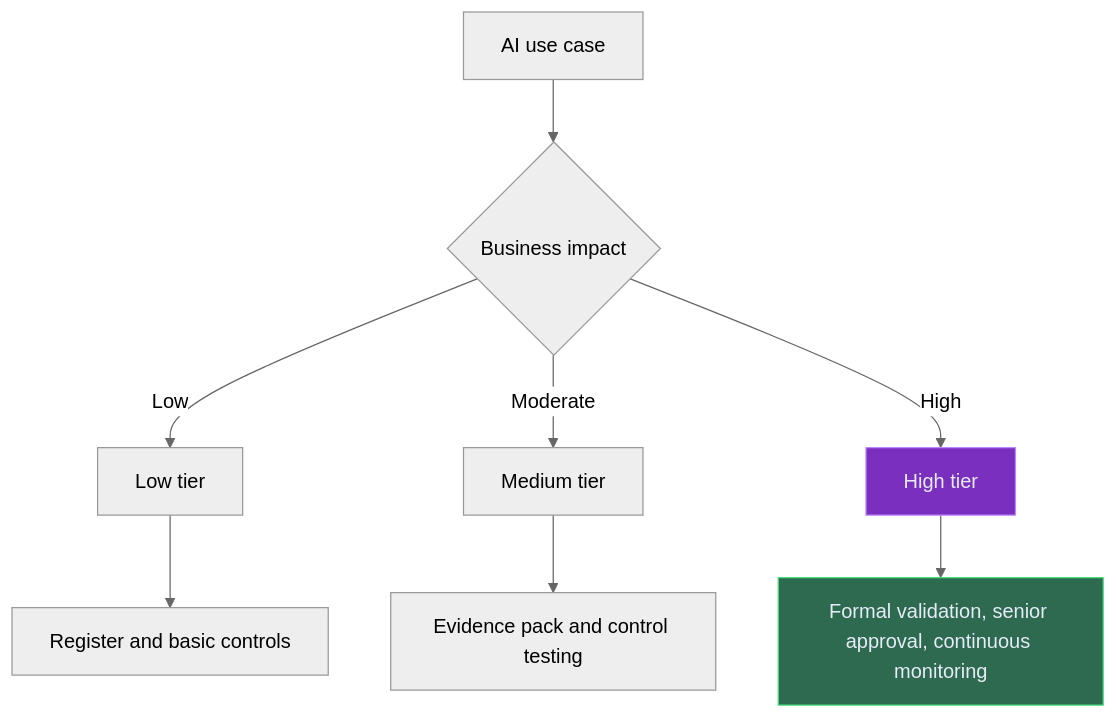
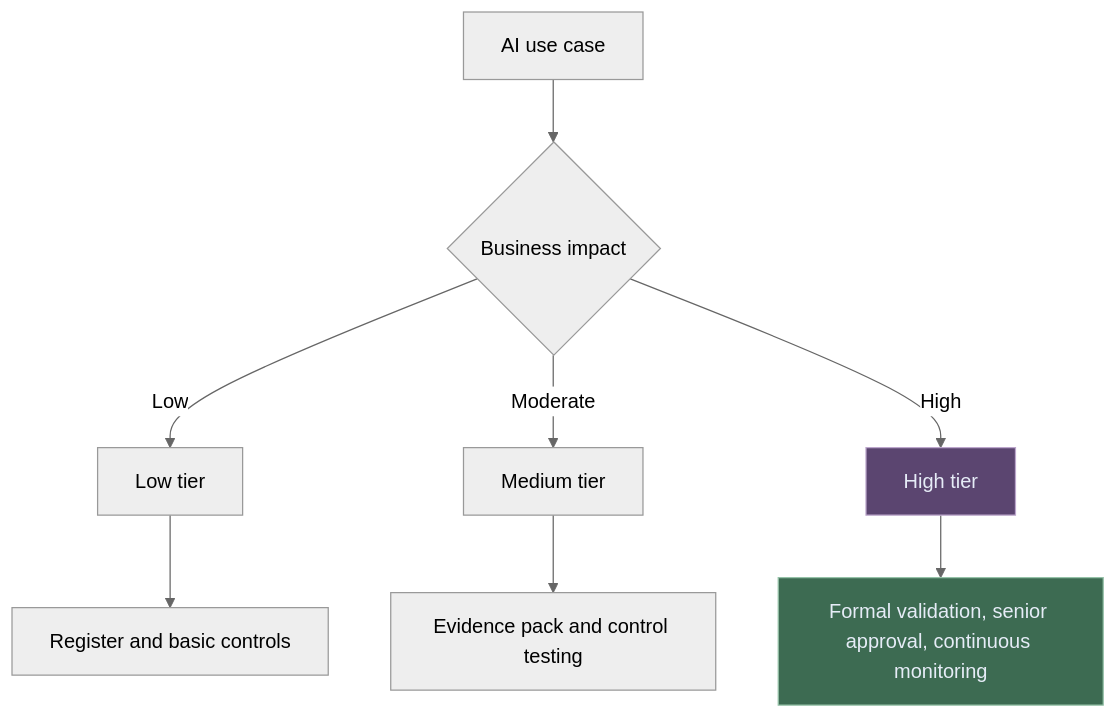
One commit to lorvexai/lorvexai changed the diagram in blog/ai-model-inventory-and-tiering-for-banks.md. Above: the diagram before and after it, drawn with Mermaid (neutral theme). The commit also changed 16 other files, not shown here.

First line of the commit message:
Retune hardcoded Mermaid node colors to match the site palette

````diff
--- a/blog/ai-model-inventory-and-tiering-for-banks.md
+++ b/blog/ai-model-inventory-and-tiering-for-banks.md
@@ -65,13 +65,13 @@
 ```mermaid
 flowchart TB
   A[AI use case] --> B{Business impact}
   B -->|Low| C[Low tier]
   B -->|Moderate| D[Medium tier]
   B -->|High| E[High tier]
   C --> F[Register and basic controls]
   D --> G[Evidence pack and control testing]
   E --> H[Formal validation, senior approval, continuous monitoring]
 
-  style E fill:#7B2FBE,stroke:#c084fc,color:#E6ECF7
-  style H fill:#2D6A4F,stroke:#4ade80,color:#E6ECF7
+  style E fill:#5B4570,stroke:#BCA6CC,color:#E6ECF7
+  style H fill:#3D6B52,stroke:#95C2A8,color:#E6ECF7
 ```
````
